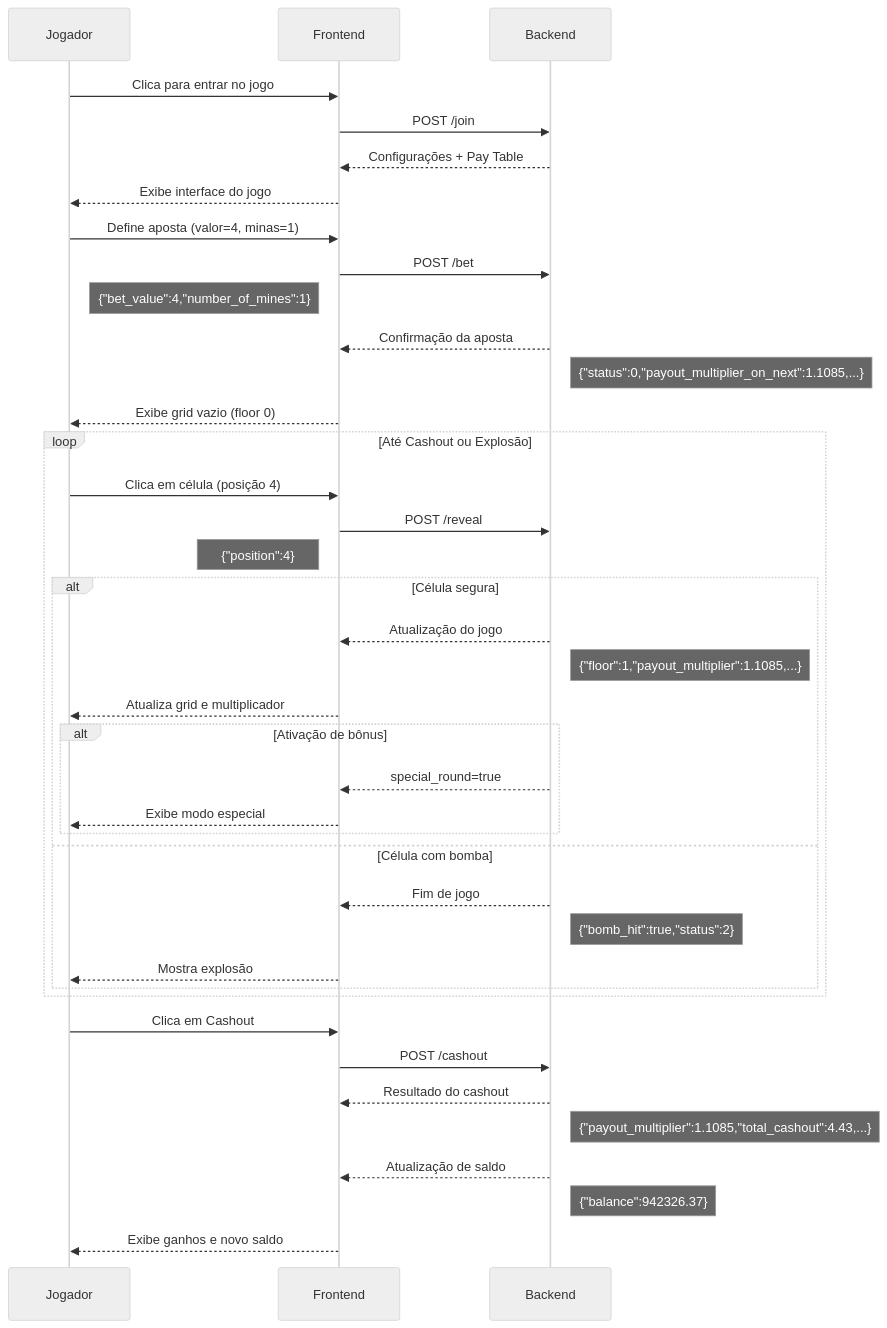
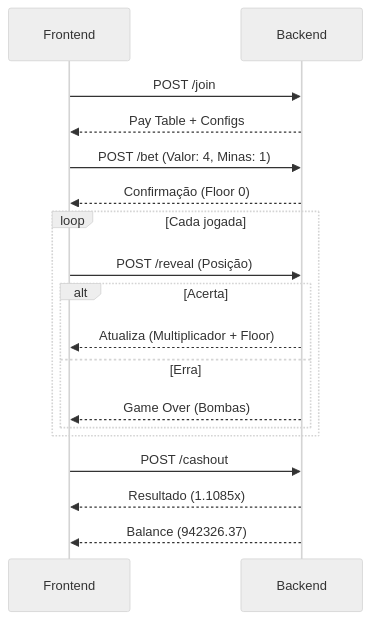
One commit to valdecidanilo/BetForge changed the second of 2 diagrams in README.md. Above: the diagram before and after it, drawn with Mermaid (neutral theme).

Commit message:
Update README.md
teste 3

````diff
--- a/README.md
+++ b/README.md
@@ -45,52 +45,28 @@
 ```mermaid
 sequenceDiagram
-    participant Jogador
     participant Frontend
     participant Backend
     
-    %% Entrada no Jogo
-    Jogador->>Frontend: Clica para entrar no jogo
+    %% Entrada
     Frontend->>Backend: POST /join
-    Backend-->>Frontend: Configurações + Pay Table
-    Frontend-->>Jogador: Exibe interface do jogo
+    Backend-->>Frontend: Pay Table + Configs
     
-    %% Aposta Inicial
-    Jogador->>Frontend: Define aposta (valor=4, minas=1)
-    Frontend->>Backend: POST /bet
-    Note left of Frontend: {"bet_value":4,"number_of_mines":1}
-    Backend-->>Frontend: Confirmação da aposta
-    Note right of Backend: {"status":0,"payout_multiplier_on_next":1.1085,...}
-    Frontend-->>Jogador: Exibe grid vazio (floor 0)
+    %% Aposta
+    Frontend->>Backend: POST /bet (Valor: 4, Minas: 1)
+    Backend-->>Frontend: Confirmação (Floor 0)
     
-    %% Loop de Jogadas
-    loop Até Cashout ou Explosão
-        Jogador->>Frontend: Clica em célula (posição 4)
-        Frontend->>Backend: POST /reveal
-        Note left of Frontend: {"position":4}
-        
-        alt Célula segura
-            Backend-->>Frontend: Atualização do jogo
-            Note right of Backend: {"floor":1,"payout_multiplier":1.1085,...}
-            Frontend-->>Jogador: Atualiza grid e multiplicador
-            
-            alt Ativação de bônus
-                Backend-->>Frontend: special_round=true
-                Frontend-->>Jogador: Exibe modo especial
-            end
-            
-        else Célula com bomba
-            Backend-->>Frontend: Fim de jogo
-            Note right of Backend: {"bomb_hit":true,"status":2}
-            Frontend-->>Jogador: Mostra explosão
+    %% Gameplay
+    loop Cada jogada
+        Frontend->>Backend: POST /reveal (Posição)
+        alt Acerta
+            Backend-->>Frontend: Atualiza (Multiplicador + Floor)
+        else Erra
+            Backend-->>Frontend: Game Over (Bombas)
         end
     end
     
     %% Cashout
-    Jogador->>Frontend: Clica em Cashout
     Frontend->>Backend: POST /cashout
-    Backend-->>Frontend: Resultado do cashout
-    Note right of Backend: {"payout_multiplier":1.1085,"total_cashout":4.43,...}
-    Backend-->>Frontend: Atualização de saldo
-    Note right of Backend: {"balance":942326.37}
-    Frontend-->>Jogador: Exibe ganhos e novo saldo
+    Backend-->>Frontend: Resultado (1.1085x)
+    Backend-->>Frontend: Balance (942326.37)
 ```
````
